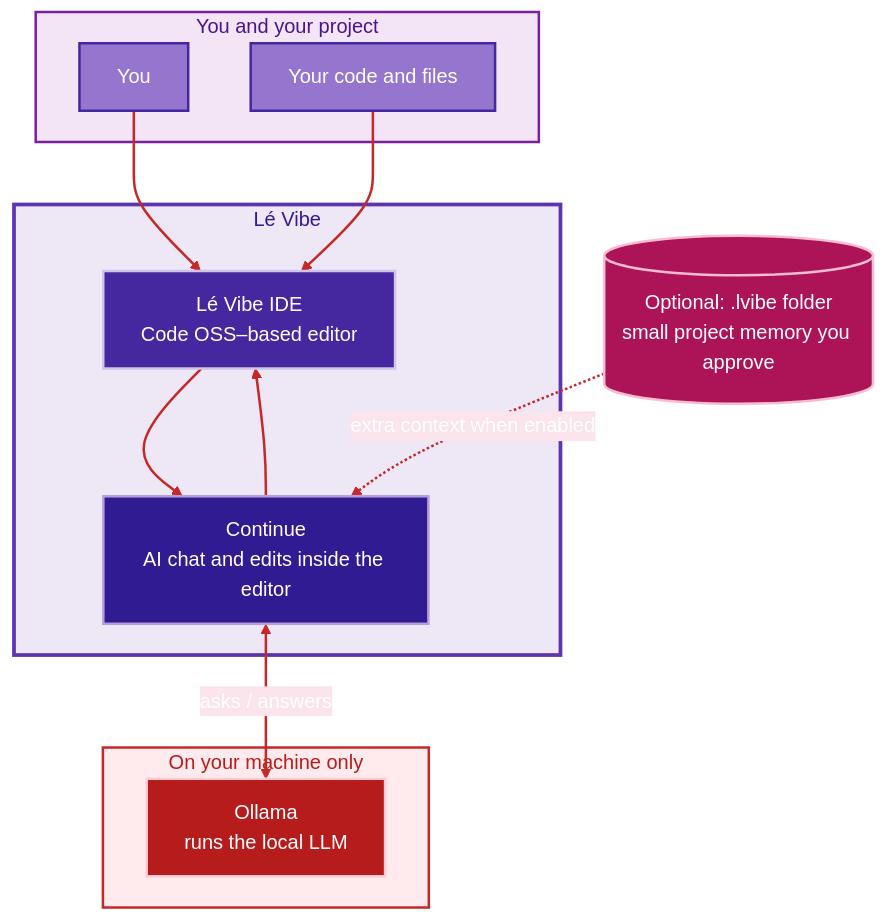
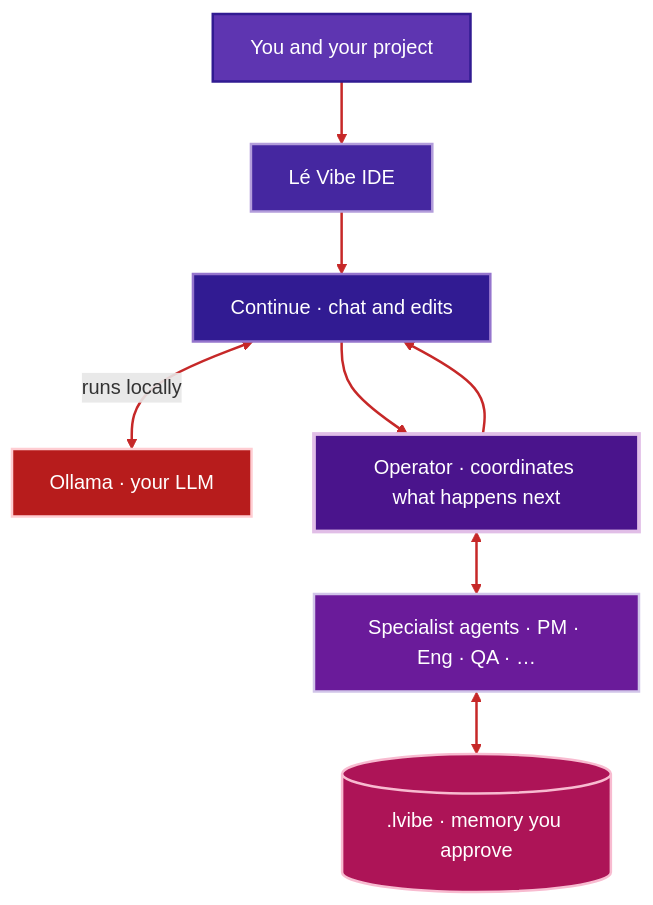
Before and after one commit to ryan-lgtm/le-vibe: the diagram in README.md, drawn with Mermaid. The commit also changed other lines of this file and 18 other files, not shown here.

````diff
--- a/README.md
+++ b/README.md
@@ -5,37 +5,20 @@
 ```mermaid
-%%{init: {'theme': 'base', 'themeVariables': {'primaryColor': '#4527A0', 'primaryTextColor': '#ffffff', 'primaryBorderColor': '#B39DDB', 'secondaryColor': '#FCE4EC', 'tertiaryColor': '#EDE7F6', 'lineColor': '#C62828', 'fontFamily': 'system-ui,Segoe UI,sans-serif'}}}%%
 flowchart TB
-    subgraph you_and_project[You and your project]
-        U[You]
-        P[Your code and files]
-    end
+    U[You and your project] --> IDE[Lé Vibe IDE]
+    IDE --> CON[Continue · chat and edits]
+    CON <-->|runs locally| OLL[Ollama · your LLM]
 
-    subgraph lv[Lé Vibe]
-        IDE[Lé Vibe IDE<br/>Code OSS–based editor]
-        CO[Continue<br/>AI chat and edits inside the editor]
-    end
+    CON --> OP[Operator · coordinates what happens next]
+    OP <--> SPEC[Specialist agents · PM · Eng · QA · …]
+    SPEC <--> MEM[(.lvibe · memory you approve)]
+    OP --> CON
 
-    subgraph local[On your machine only]
-        OL[Ollama<br/>runs the local LLM]
-    end
-
-    MEM[(Optional: .lvibe folder<br/>small project memory you approve)]
-
-    U --> IDE
-    P --> IDE
-    IDE --> CO
-    CO <-->|asks / answers| OL
-    CO --> IDE
-    MEM -.->|extra context when enabled| CO
-
-    style you_and_project fill:#F3E5F5,stroke:#7B1FA2,stroke-width:2px,color:#4A148C
-    style lv fill:#EDE7F6,stroke:#5E35B1,stroke-width:3px,color:#311B92
-    style local fill:#FFEBEE,stroke:#C62828,stroke-width:2px,color:#B71C1C
-    style U fill:#9575CD,stroke:#4527A0,stroke-width:2px,color:#fff
-    style P fill:#9575CD,stroke:#4527A0,stroke-width:2px,color:#fff
-    style IDE fill:#4527A0,stroke:#D1C4E9,stroke-width:2px,color:#fff
-    style CO fill:#311B92,stroke:#B39DDB,stroke-width:2px,color:#fff
-    style OL fill:#B71C1C,stroke:#FFCDD2,stroke-width:2px,color:#fff
-    style MEM fill:#AD1457,stroke:#F8BBD0,stroke-width:2px,color:#fff
-    linkStyle default stroke:#C62828,stroke-width:2px
+    style U fill:#5e35b1,stroke:#311b92,stroke-width:2px,color:#ffffff
+    style IDE fill:#4527a0,stroke:#b39ddb,stroke-width:2px,color:#ffffff
+    style CON fill:#311b92,stroke:#9575cd,stroke-width:2px,color:#ffffff
+    style OLL fill:#b71c1c,stroke:#ffcdd2,stroke-width:2px,color:#ffffff
+    style OP fill:#4a148c,stroke:#e1bee7,stroke-width:3px,color:#ffffff
+    style SPEC fill:#6a1b9a,stroke:#d1c4e9,stroke-width:2px,color:#ffffff
+    style MEM fill:#ad1457,stroke:#f8bbd0,stroke-width:2px,color:#ffffff
+    linkStyle default stroke:#c62828,stroke-width:2px
 ```
````
